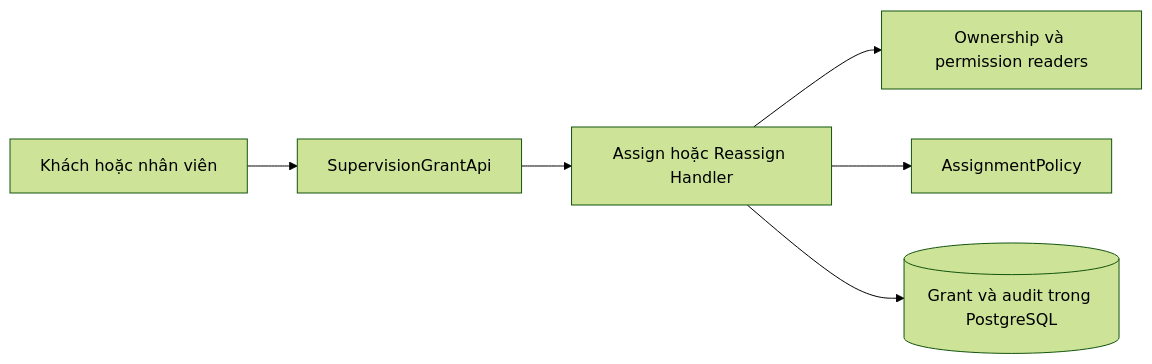
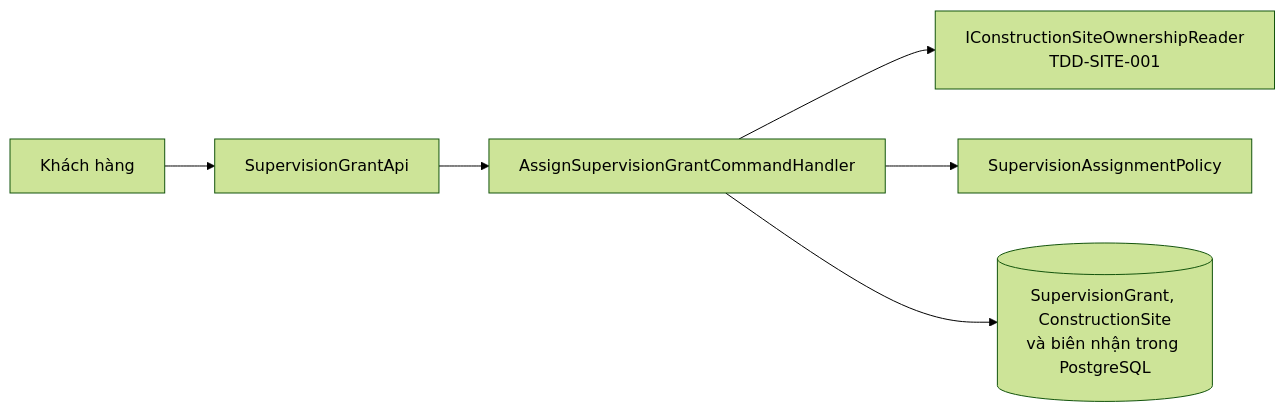
Before and after one commit to TaskCoper/bmt-documentation: the first of 5 diagrams in tdd/TDD-SUB-004.md, drawn with Mermaid (forest theme). The commit also changed other lines of this file and 15 other files, not shown here.

First line of the commit message:
docs(tdd): thêm TDD-SITE-001 và cập nhật TDD RBAC, SUB, PAY theo nghiệp vụ mới

````diff
--- a/tdd/TDD-SUB-004.md
+++ b/tdd/TDD-SUB-004.md
@@ -98,8 +111,8 @@
 ```mermaid
 flowchart LR
-    C[Khách hoặc nhân viên] --> A[SupervisionGrantApi]
-    A --> H[Assign hoặc Reassign Handler]
-    H --> P[Ownership và permission readers]
-    H --> R[AssignmentPolicy]
-    H --> D[(Grant và audit trong PostgreSQL)]
+    C[Khách hàng] --> A[SupervisionGrantApi]
+    A --> H[AssignSupervisionGrantCommandHandler]
+    H --> P[IConstructionSiteOwnershipReader<br/>TDD-SITE-001]
+    H --> R[SupervisionAssignmentPolicy]
+    H --> D[(SupervisionGrant, ConstructionSite<br/>và biên nhận trong PostgreSQL)]
 ```
````
